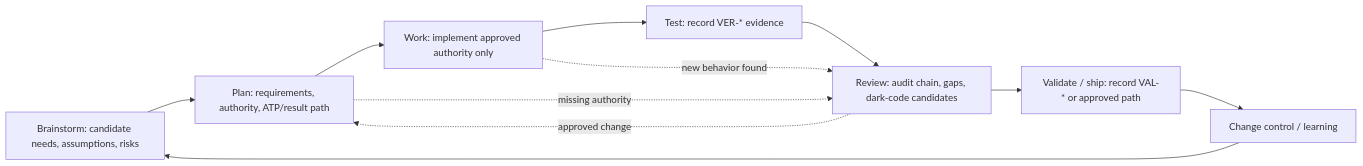
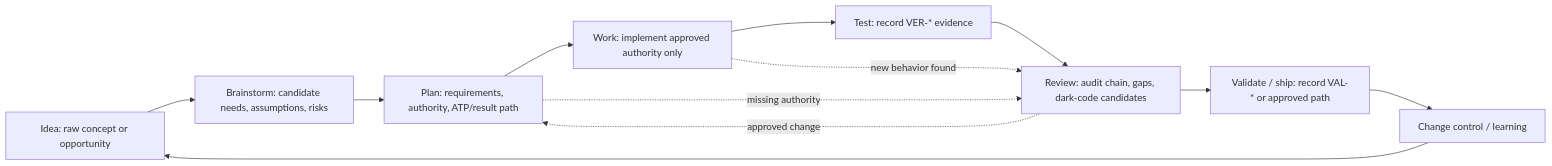
One commit to Oxiom-Systems/traceweaver changed the second of 2 diagrams in docs/distilled/systems-engineering-traceability-operating-model.md. Above: the diagram before and after it, drawn with Mermaid. The commit also changed other lines of this file and 3 other files, not shown here.

````diff
--- a/docs/distilled/systems-engineering-traceability-operating-model.md
+++ b/docs/distilled/systems-engineering-traceability-operating-model.md
@@ -196,22 +227,24 @@
 ```mermaid
 flowchart LR
+  idea["Idea: raw concept or opportunity"]
   brainstorm["Brainstorm: candidate needs, assumptions, risks"]
   plan["Plan: requirements, authority, ATP/result path"]
   work["Work: implement approved authority only"]
   test["Test: record VER-* evidence"]
   review["Review: audit chain, gaps, dark-code candidates"]
   validate["Validate / ship: record VAL-* or approved path"]
   learn["Change control / learning"]
 
+  idea --> brainstorm
   brainstorm --> plan
   plan --> work
   work --> test
   test --> review
   review --> validate
   validate --> learn
-  learn --> brainstorm
+  learn --> idea
 
   plan -. "missing authority" .-> review
   work -. "new behavior found" .-> review
   review -. "approved change" .-> plan
 ```
````
